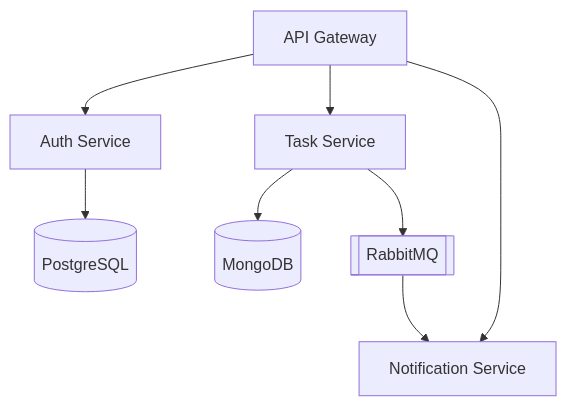
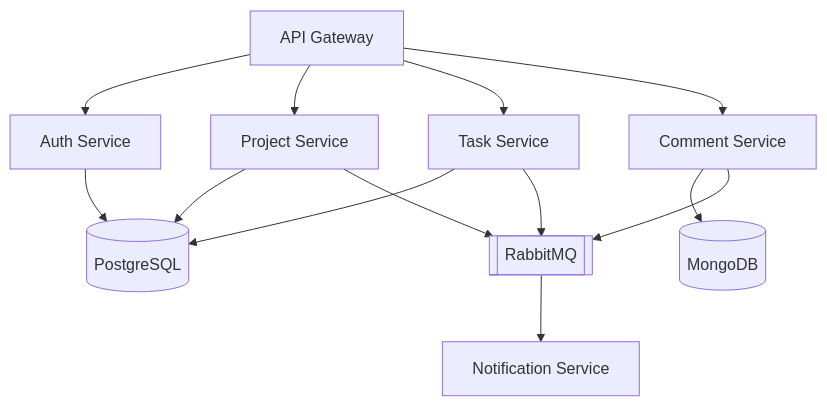
One commit to sanazez/work-sphere-deploy changed the diagram in README.md. Above: the diagram before and after it, drawn with Mermaid. The commit also changed other lines of this file, not shown here.

Commit message:
updated Architecture Overview in README

````diff
--- a/README.md
+++ b/README.md
@@ -42,10 +42,15 @@
 ```mermaid
 graph TD
     A[API Gateway] --> B[Auth Service]
-    A --> C[Task Service]
-    A --> D[Notification Service]
-    B --> E[(PostgreSQL)]
-    C --> F[(MongoDB)]
-    C --> G[[RabbitMQ]]
-    G --> D
+    A --> C[Project Service]
+    A --> D[Task Service]
+    A --> E[Comment Service]
+    B --> F[(PostgreSQL)]
+    C --> F
+    D --> F
+    E --> G[(MongoDB)]
+    C --> H[[RabbitMQ]]
+    D --> H
+    E --> H
+    H --> I[Notification Service]
 ```
````
